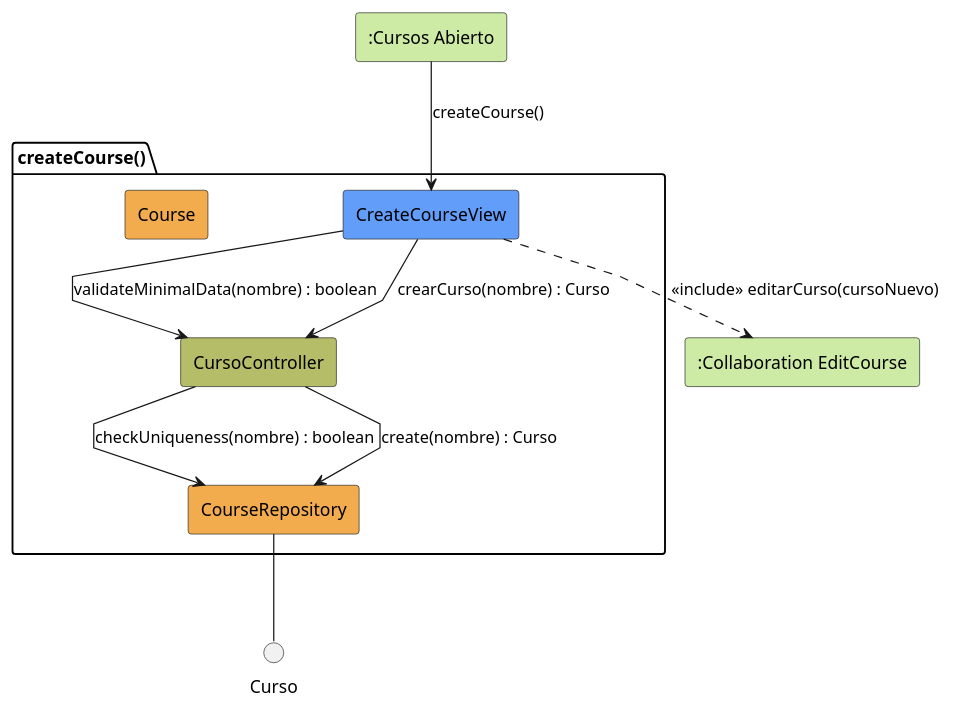
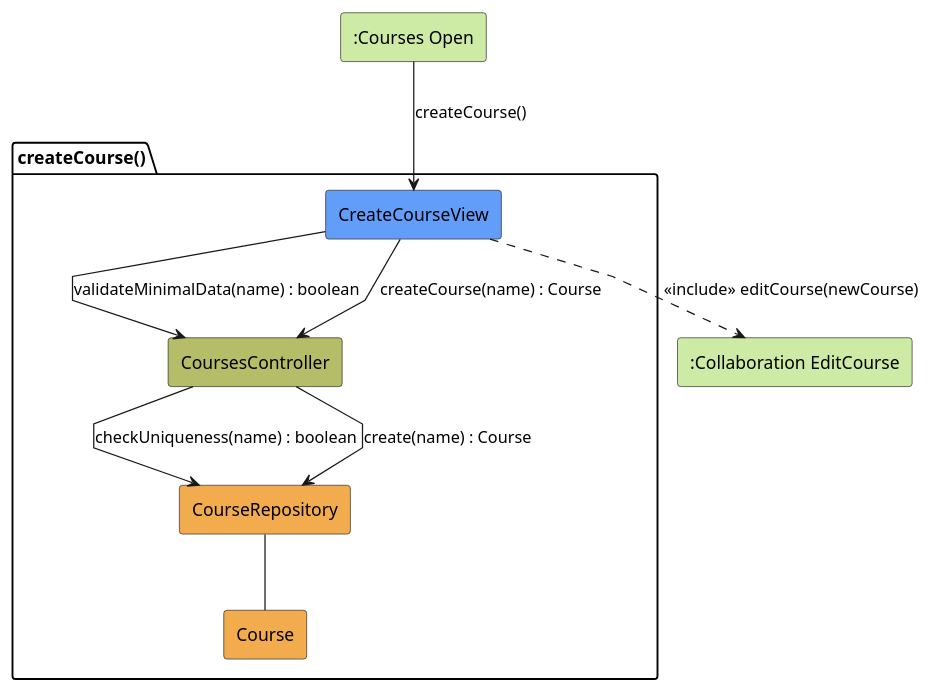
One commit to mmasias/pySigHor changed the diagram in RUP/01-analisis/casos-uso/crearCurso/colaboracion.puml. Above: the diagram before and after it, drawn with PlantUML. The commit also changed 3 other files, not shown here.

Commit message:
Fix Spanish naming inconsistencies in collaboration diagrams following domain model conventions

```diff
--- a/RUP/01-analisis/casos-uso/crearCurso/colaboracion.puml
+++ b/RUP/01-analisis/casos-uso/crearCurso/colaboracion.puml
@@ -1,28 +1,28 @@
 @startuml createCourse-analysis
 skinparam linetype polyline
 
-rectangle #CDEBA5 ":Cursos Abierto" as CursosAbierto
+rectangle #CDEBA5 ":Courses Open" as CoursesOpen
 rectangle #CDEBA5 ":Collaboration EditCourse" as EditCourse
 
 package createCourse as "createCourse()" {
     rectangle #629EF9 CreateCourseView
-    rectangle #b5bd68 CursoController
+    rectangle #b5bd68 CoursesController
     rectangle #F2AC4E CourseRepository
     rectangle #F2AC4E Course
 }
 
-CursosAbierto --> CreateCourseView: createCourse()
+CoursesOpen --> CreateCourseView: createCourse()
 
-CreateCourseView -d-> CursoController: validateMinimalData(nombre) : boolean
+CreateCourseView -d-> CoursesController: validateMinimalData(name) : boolean
 
-CursoController --> CourseRepository: checkUniqueness(nombre) : boolean
+CoursesController --> CourseRepository: checkUniqueness(name) : boolean
 
-CreateCourseView --> CursoController: crearCurso(nombre) : Curso
+CreateCourseView --> CoursesController: createCourse(name) : Course
 
-CursoController --> CourseRepository: create(nombre) : Curso
+CoursesController --> CourseRepository: create(name) : Course
 
-CourseRepository -- Curso
+CourseRepository -- Course
 
-CreateCourseView ..> EditCourse: <<include>> editarCurso(cursoNuevo)
+CreateCourseView ..> EditCourse: <<include>> editCourse(newCourse)
 
 @enduml
```
